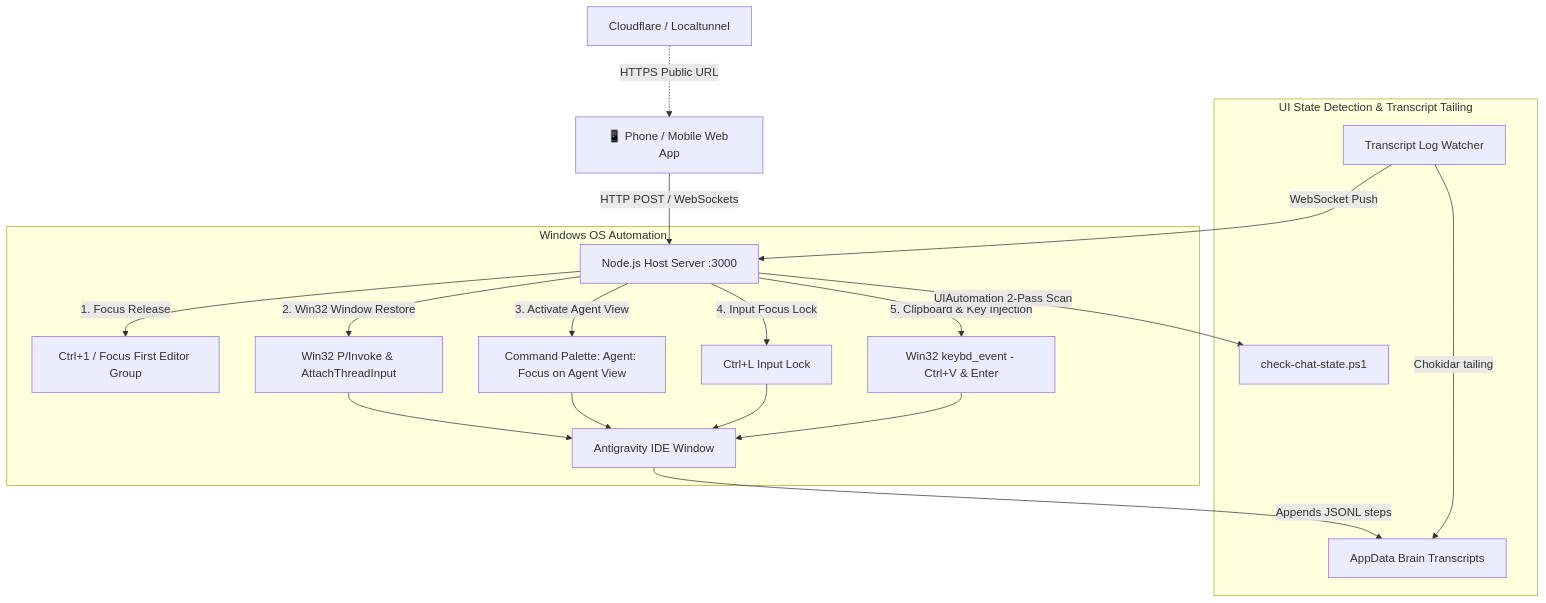
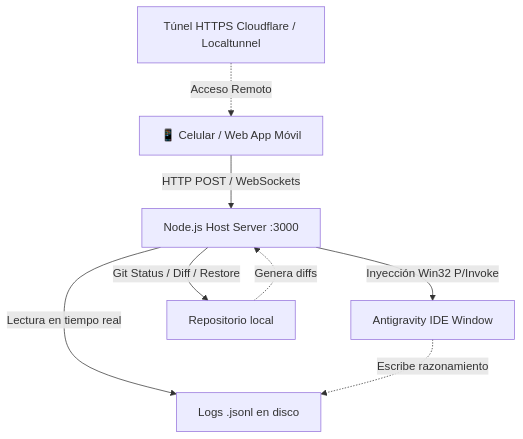
The diagram in README.md (IvanCR48/Pocket-AntiGravityIDE), drawn with Mermaid before and after one commit. The commit also changed other lines of this file, not shown here.

````diff
--- a/README.md
+++ b/README.md
@@ -44,24 +88,10 @@
 ```mermaid
 flowchart TD
-    Phone[📱 Phone / Mobile Web App] -->|HTTP POST / WebSockets| Server[Node.js Host Server :3000]
-    Tunnel[Cloudflare / Localtunnel] -.->|HTTPS Public URL| Phone
-    
-    subgraph Windows OS Automation
-        Server -->|1. Focus Release| FocusRel[Ctrl+1 / Focus First Editor Group]
-        Server -->|2. Win32 Window Restore| WinFinder[Win32 P/Invoke & AttachThreadInput]
-        Server -->|3. Activate Agent View| CmdPalette[Command Palette: Agent: Focus on Agent View]
-        Server -->|4. Input Focus Lock| InputLock[Ctrl+L Input Lock]
-        Server -->|5. Clipboard & Key Injection| KeySim[Win32 keybd_event - Ctrl+V & Enter]
-        WinFinder --> AntigravityIDE[Antigravity IDE Window]
-        CmdPalette --> AntigravityIDE
-        InputLock --> AntigravityIDE
-        KeySim --> AntigravityIDE
-    end
-
-    subgraph UI State Detection & Transcript Tailing
-        Server -->|UIAutomation 2-Pass Scan| StateDetector[check-chat-state.ps1]
-        AntigravityIDE -->|Appends JSONL steps| TranscriptLogs[AppData Brain Transcripts]
-        Watcher[Transcript Log Watcher] -->|Chokidar tailing| TranscriptLogs
-        Watcher -->|WebSocket Push| Server
-    end
+    Phone[📱 Celular / Web App Móvil] -->|HTTP POST / WebSockets| Server[Node.js Host Server :3000]
+    Tunnel[Túnel HTTPS Cloudflare / Localtunnel] -.->|Acceso Remoto| Phone
+    Server -->|Inyección Win32 P/Invoke| IDE[Antigravity IDE Window]
+    Server -->|Lectura en tiempo real| Transcripts[Logs .jsonl en disco]
+    Server -->|Git Status / Diff / Restore| Repo[Repositorio local]
+    IDE -.->|Escribe razonamiento| Transcripts
+    Repo -.->|Genera diffs| Server
 ```
````
